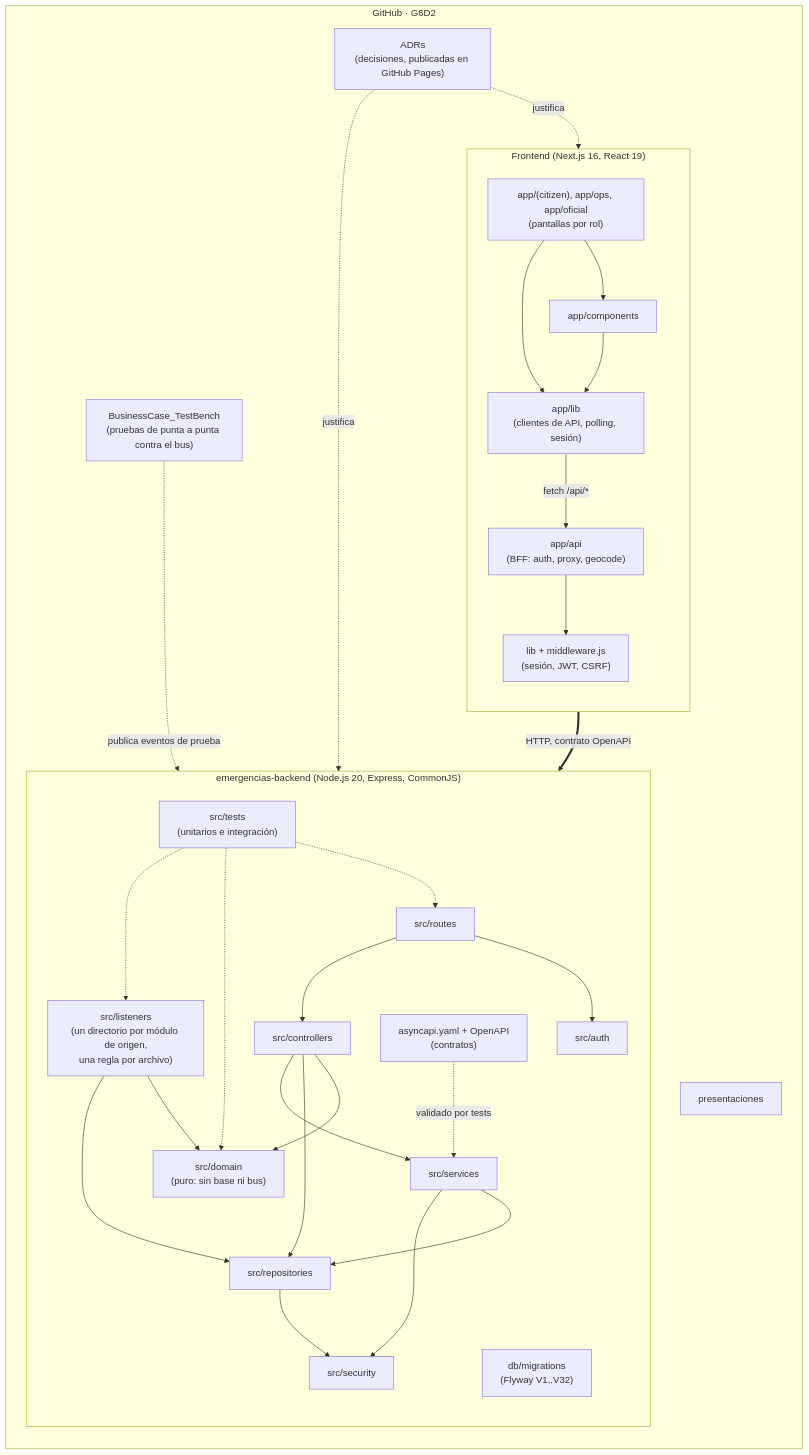
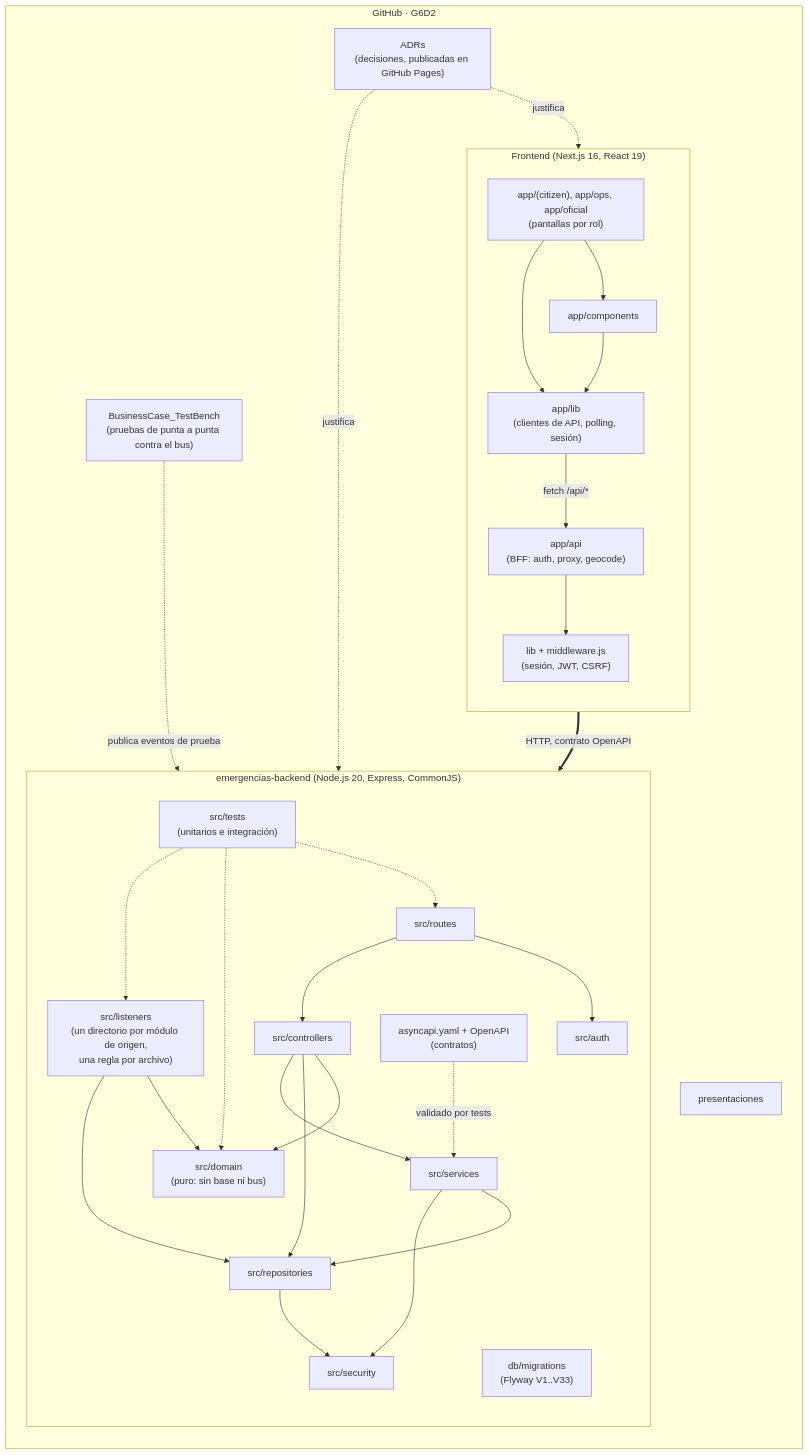
The third of 4 diagrams in docs/diagramas/09-vista-4+1.md (G6D2/emergencias-backend), drawn with Mermaid before and after one commit. The commit also changed 20 other files, not shown here.

````diff
--- a/docs/diagramas/09-vista-4+1.md
+++ b/docs/diagramas/09-vista-4+1.md
@@ -223,59 +223,59 @@
 ```mermaid
 flowchart LR
     subgraph org["GitHub · G6D2"]
         direction TB
 
         subgraph be["emergencias-backend (Node.js 20, Express, CommonJS)"]
             direction TB
             routes["src/routes"]
             authM["src/auth"]
             ctrl["src/controllers"]
             dom["src/domain<br/>(puro: sin base ni bus)"]
             repos["src/repositories"]
             svc["src/services"]
             lst["src/listeners<br/>(un directorio por módulo de origen,<br/>una regla por archivo)"]
             sec["src/security"]
-            migr["db/migrations<br/>(Flyway V1..V32)"]
+            migr["db/migrations<br/>(Flyway V1..V33)"]
             contr["asyncapi.yaml + OpenAPI<br/>(contratos)"]
             tests["src/tests<br/>(unitarios e integración)"]
         end
 
         subgraph fe["Frontend (Next.js 16, React 19)"]
             direction TB
             pages["app/(citizen), app/ops, app/oficial<br/>(pantallas por rol)"]
             comps["app/components"]
             applib["app/lib<br/>(clientes de API, polling, sesión)"]
             bffR["app/api<br/>(BFF: auth, proxy, geocode)"]
             lib["lib + middleware.js<br/>(sesión, JWT, CSRF)"]
         end
 
         adrs["ADRs<br/>(decisiones, publicadas en GitHub Pages)"]
         bench["BusinessCase_TestBench<br/>(pruebas de punta a punta contra el bus)"]
         pres["presentaciones"]
     end
 
     routes --> authM
     routes --> ctrl
     ctrl --> dom
     ctrl --> repos
     ctrl --> svc
     lst --> dom
     lst --> repos
     svc --> repos
     repos --> sec
     svc --> sec
     tests -.-> routes
     tests -.-> dom
     tests -.-> lst
     contr -.->|"validado por tests"| svc
 
     pages --> comps
     pages --> applib
     comps --> applib
     applib -->|"fetch /api/*"| bffR
     bffR --> lib
     bffR ==>|"HTTP, contrato OpenAPI"| routes
     bench -.->|"publica eventos de prueba"| lst
     adrs -.->|"justifica"| be
     adrs -.->|"justifica"| fe
 ```
````
